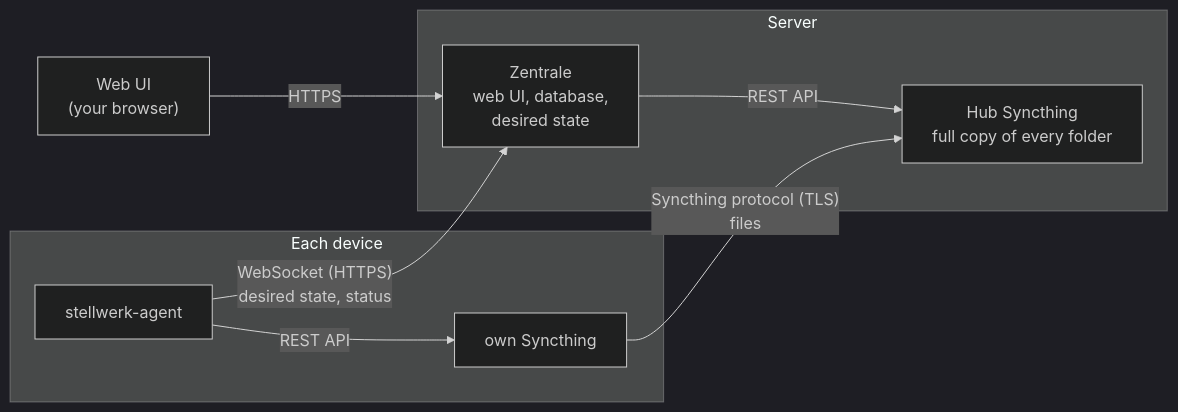
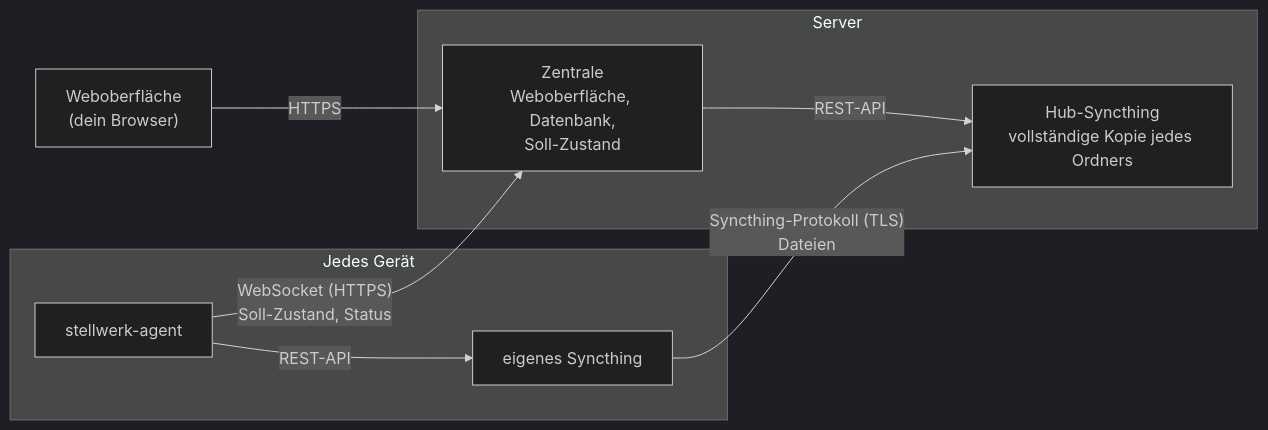
Before and after one commit to firsttris/stellwerk: the diagram in docs/index.md, drawn with Mermaid (dark theme). The commit also changed other lines of this file and 13 other files, not shown here.

````diff
--- a/docs/index.md
+++ b/docs/index.md
@@ -15,12 +16,12 @@
 ```mermaid
 flowchart LR
-    UI["Web UI<br/>(your browser)"] -- HTTPS --> Z
+    UI["Weboberfläche<br/>(dein Browser)"] -- HTTPS --> Z
     subgraph Server
-        Z["Zentrale<br/>web UI, database,<br/>desired state"] -- REST API --> H["Hub Syncthing<br/>full copy of every folder"]
+        Z["Zentrale<br/>Weboberfläche, Datenbank,<br/>Soll-Zustand"] -- REST-API --> H["Hub-Syncthing<br/>vollständige Kopie jedes Ordners"]
     end
-    subgraph "Each device"
-        A["stellwerk-agent"] -- REST API --> S["own Syncthing"]
+    subgraph "Jedes Gerät"
+        A["stellwerk-agent"] -- REST-API --> S["eigenes Syncthing"]
     end
-    A -- "WebSocket (HTTPS)<br/>desired state, status" --> Z
-    S -- "Syncthing protocol (TLS)<br/>files" --> H
+    A -- "WebSocket (HTTPS)<br/>Soll-Zustand, Status" --> Z
+    S -- "Syncthing-Protokoll (TLS)<br/>Dateien" --> H
 ```
````
